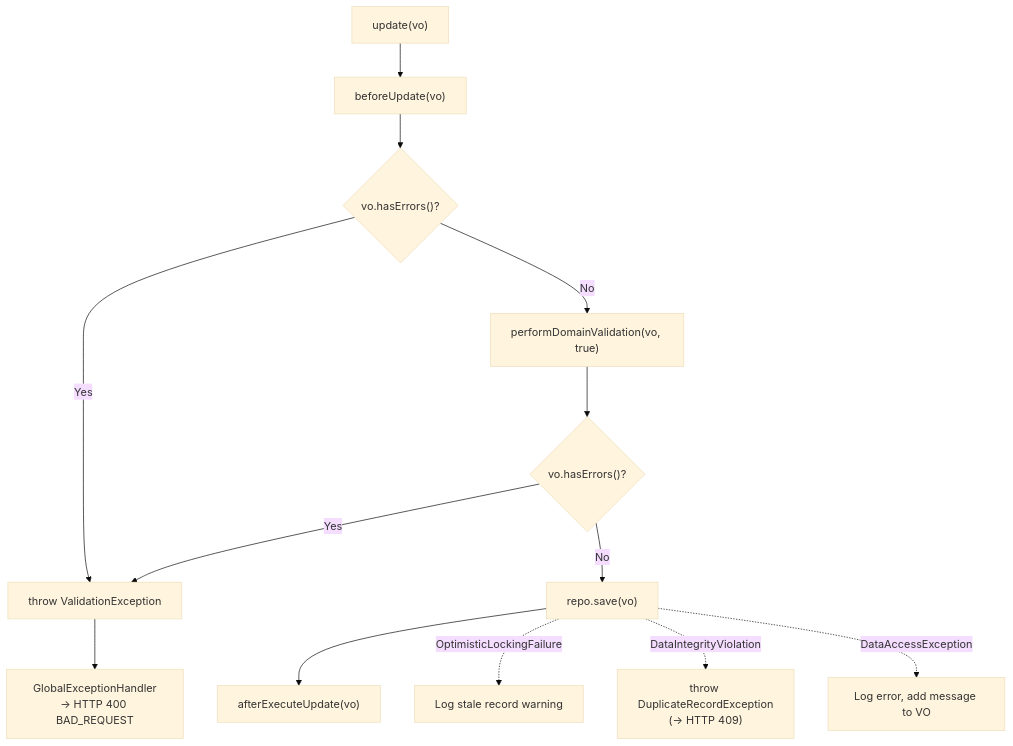
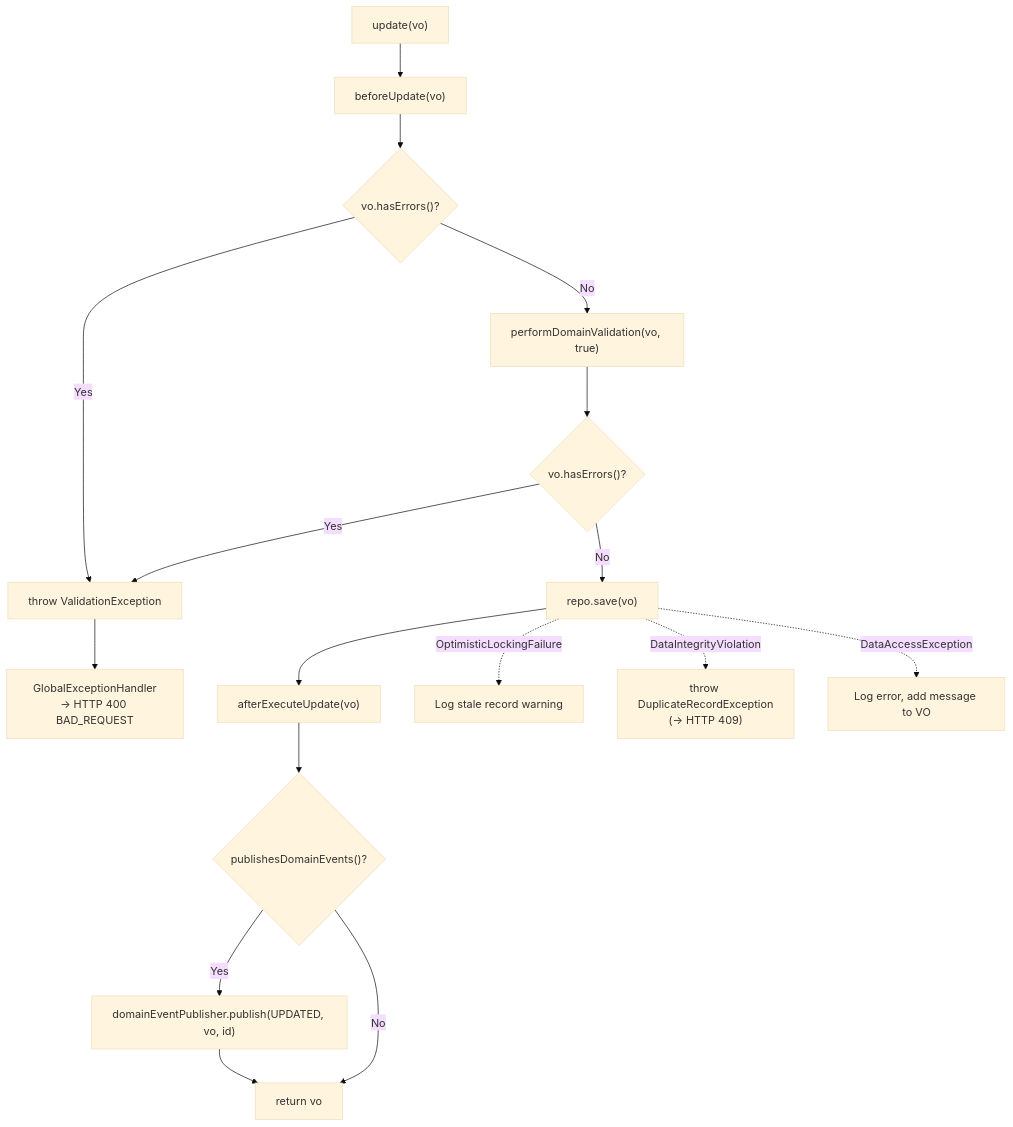
Before and after one commit to mujib-adm/carizmi: the third of 7 diagrams in docs/ARCHITECTURE.md, drawn with Mermaid (base theme). The commit also changed other lines of this file and 78 other files, not shown here.

Commit message:
chore: architectural scale upgrade (#19)

````diff
--- a/docs/ARCHITECTURE.md
+++ b/docs/ARCHITECTURE.md
@@ -330,15 +446,19 @@
 ```mermaid
 graph TD
     A["update(vo)"] --> B["beforeUpdate(vo)"]
     B --> C{"vo.hasErrors()?"}
     C -->|Yes| D["throw ValidationException"]
     C -->|No| E["performDomainValidation(vo, true)"]
     E --> F{"vo.hasErrors()?"}
     F -->|Yes| D
     F -->|No| G["repo.save(vo)"]
     G --> H["afterExecuteUpdate(vo)"]
+    H --> P{"publishesDomainEvents()?"}
+    P -->|Yes| Q["domainEventPublisher.publish(UPDATED, vo, id)"]
+    P -->|No| R["return vo"]
+    Q --> R
     G -.->|OptimisticLockingFailure| I["Log stale record warning"]
     G -.->|DataIntegrityViolation| J["throw DuplicateRecordException<br/>(→ HTTP 409)"]
     G -.->|DataAccessException| K["Log error, add message to VO"]
     D --> L["GlobalExceptionHandler<br/>→ HTTP 400 BAD_REQUEST"]
 ```
````
